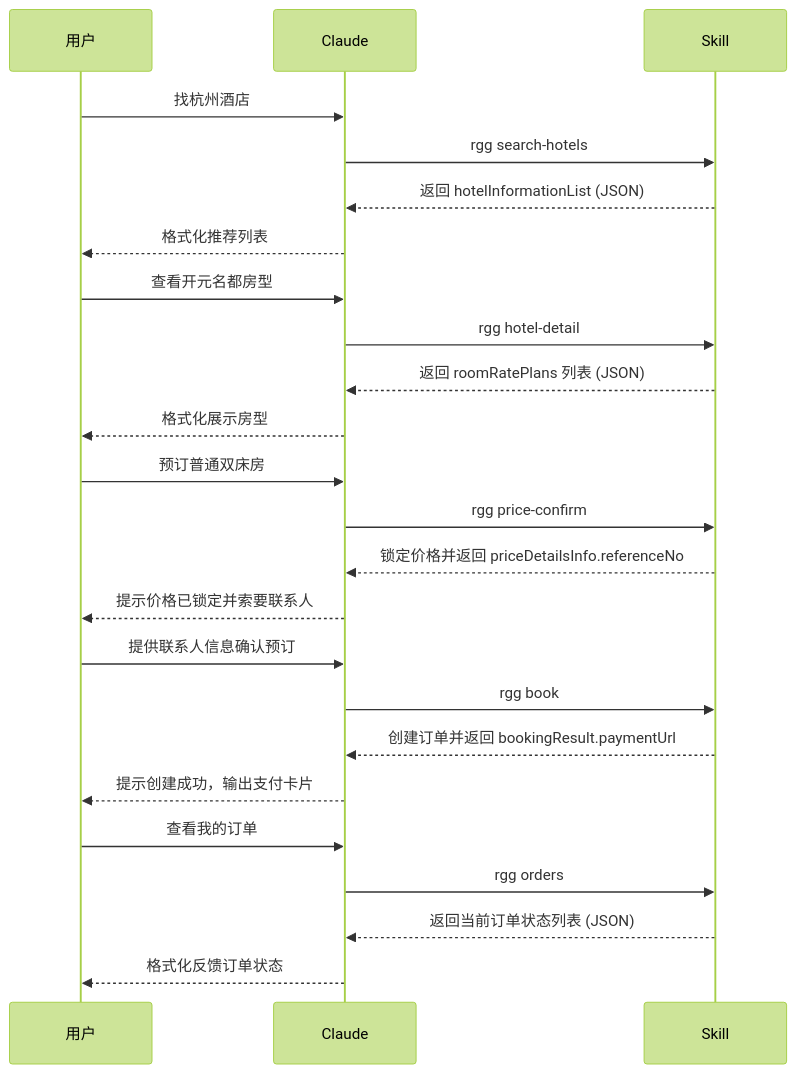
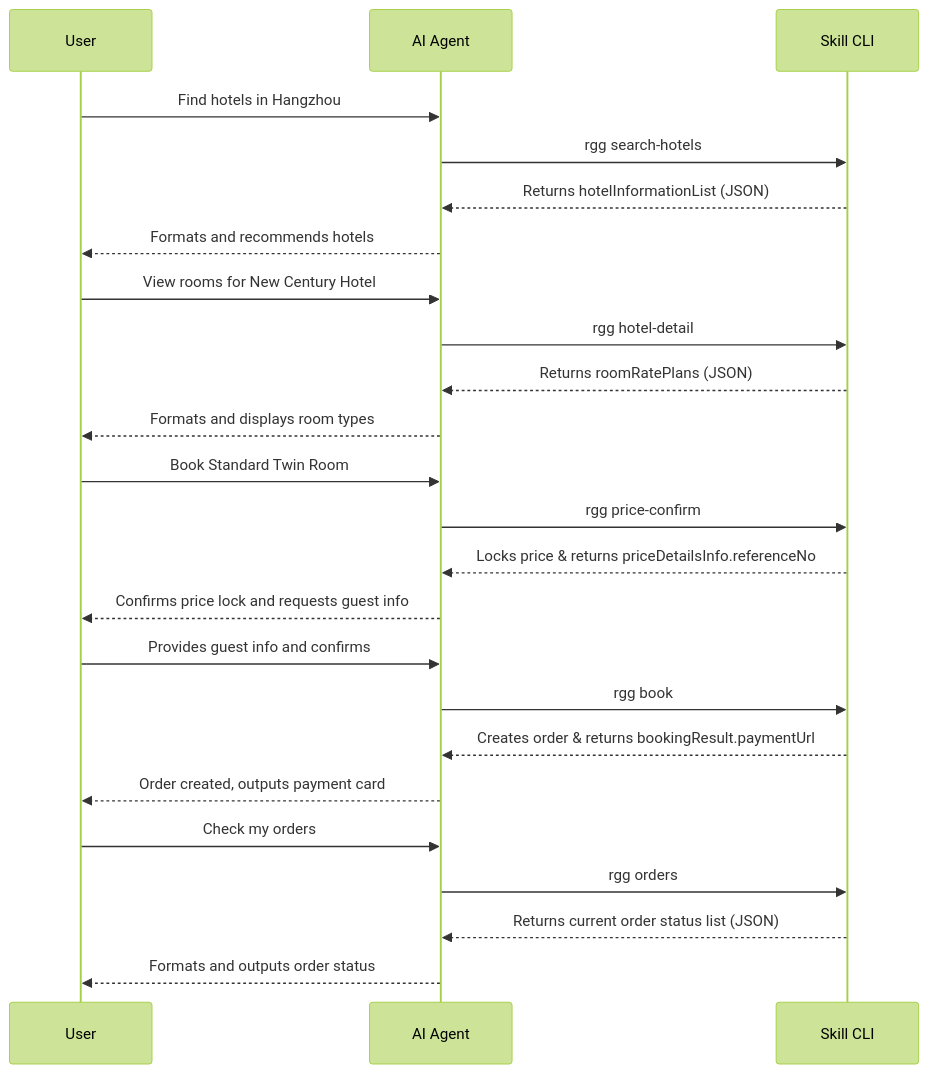
One commit to RollingGo-AI/hotel-skill-global changed the diagram in README.md. Above: the diagram before and after it, drawn with Mermaid (forest theme). The commit also changed other lines of this file, not shown here.

````diff
--- a/README.md
+++ b/README.md
@@ -479,31 +472,31 @@
 ```mermaid
 sequenceDiagram
-    participant U as 用户
-    participant C as Claude
-    participant M as Skill
+    participant U as User
+    participant C as AI Agent
+    participant M as Skill CLI
 
-    U->>C: 找杭州酒店
+    U->>C: Find hotels in Hangzhou
     C->>M: rgg search-hotels
-    M-->>C: 返回 hotelInformationList (JSON)
-    C-->>U: 格式化推荐列表
+    M-->>C: Returns hotelInformationList (JSON)
+    C-->>U: Formats and recommends hotels
 
-    U->>C: 查看开元名都房型
+    U->>C: View rooms for New Century Hotel
     C->>M: rgg hotel-detail
-    M-->>C: 返回 roomRatePlans 列表 (JSON)
-    C-->>U: 格式化展示房型
+    M-->>C: Returns roomRatePlans (JSON)
+    C-->>U: Formats and displays room types
 
-    U->>C: 预订普通双床房
+    U->>C: Book Standard Twin Room
     C->>M: rgg price-confirm
-    M-->>C: 锁定价格并返回 priceDetailsInfo.referenceNo
-    C-->>U: 提示价格已锁定并索要联系人
+    M-->>C: Locks price & returns priceDetailsInfo.referenceNo
+    C-->>U: Confirms price lock and requests guest info
 
-    U->>C: 提供联系人信息确认预订
+    U->>C: Provides guest info and confirms
     C->>M: rgg book
-    M-->>C: 创建订单并返回 bookingResult.paymentUrl
-    C-->>U: 提示创建成功，输出支付卡片
+    M-->>C: Creates order & returns bookingResult.paymentUrl
+    C-->>U: Order created, outputs payment card
 
-    U->>C: 查看我的订单
+    U->>C: Check my orders
     C->>M: rgg orders
-    M-->>C: 返回当前订单状态列表 (JSON)
-    C-->>U: 格式化反馈订单状态
+    M-->>C: Returns current order status list (JSON)
+    C-->>U: Formats and outputs order status
 ```
````
